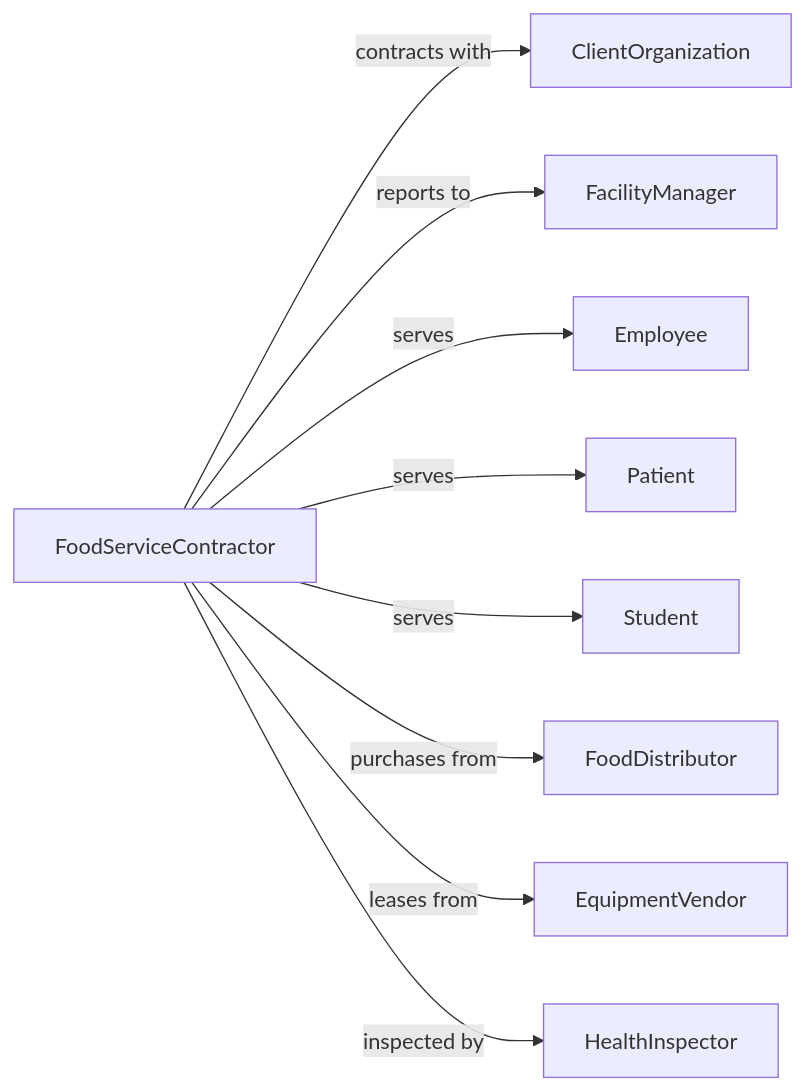
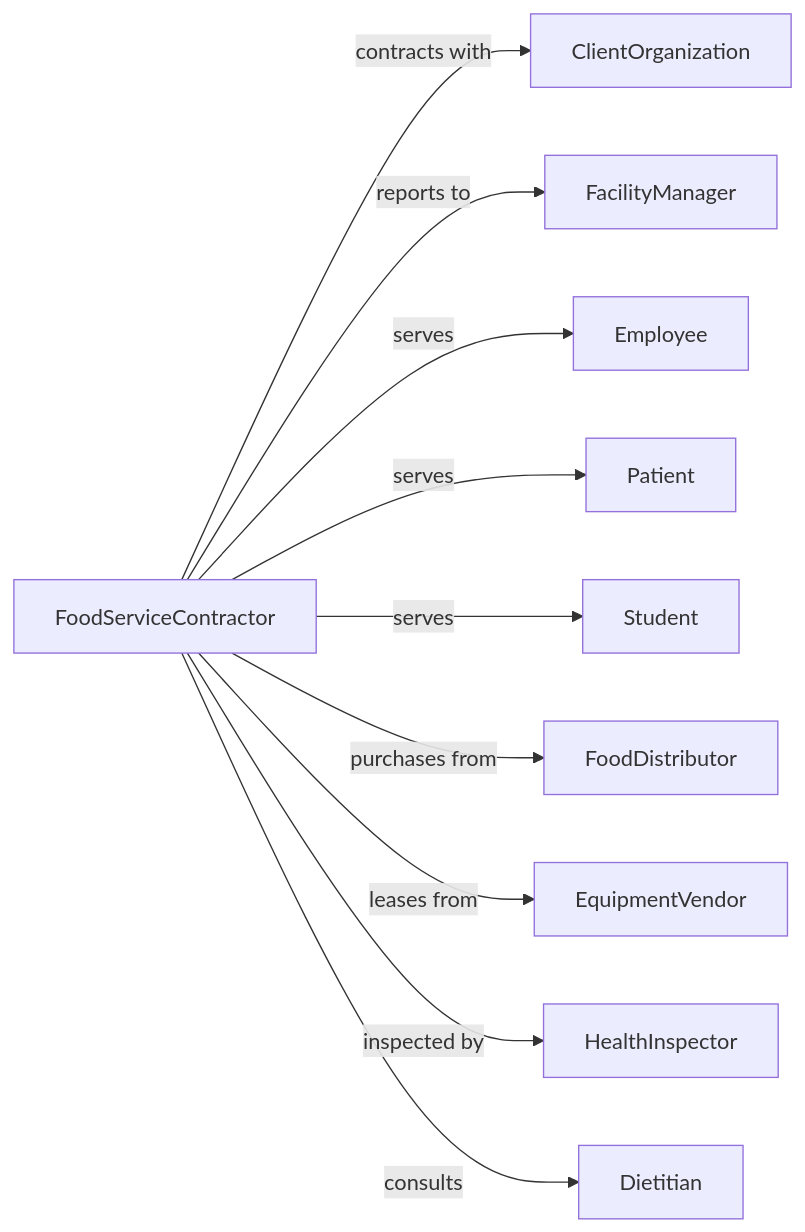
Before and after one commit to dot-org-ai/industries.org.ai: the second of 2 diagrams in Accommodation/FoodServicesAndDrinkingPlaces/SpecialFoodServices/FoodServiceContractors.mdx, drawn with Mermaid. The commit also changed other lines of this file and 588 other files, not shown here.

````diff
--- a/Accommodation/FoodServicesAndDrinkingPlaces/SpecialFoodServices/FoodServiceContractors.mdx
+++ b/Accommodation/FoodServicesAndDrinkingPlaces/SpecialFoodServices/FoodServiceContractors.mdx
@@ -139,13 +139,14 @@
 ```mermaid
 graph LR
     F[FoodServiceContractor]
 
     F -->|contracts with| ClientOrganization
     F -->|reports to| FacilityManager
     F -->|serves| Employee
     F -->|serves| Patient
     F -->|serves| Student
     F -->|purchases from| FoodDistributor
     F -->|leases from| EquipmentVendor
     F -->|inspected by| HealthInspector
+    F -->|consults| Dietitian
 ```
````
